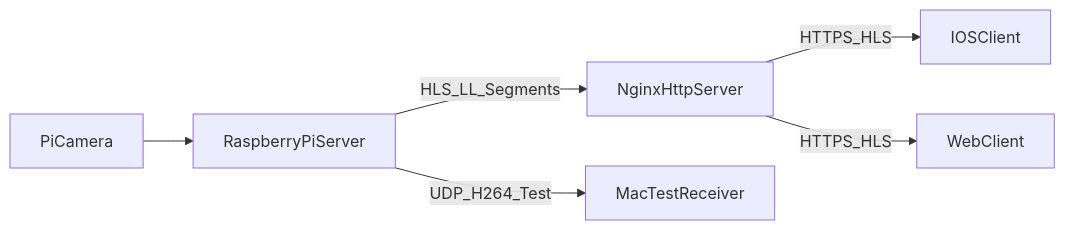
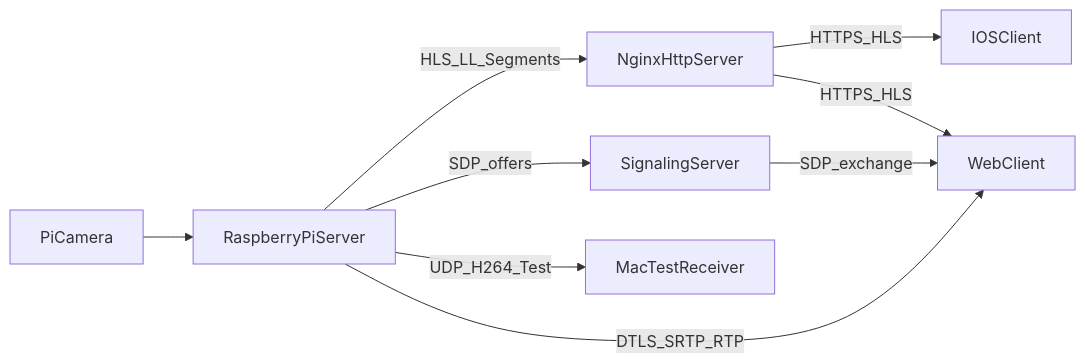
One commit to Pentagram-Software/wrack changed the first of 3 diagrams in docs/architecture/ARC42.md. Above: the diagram before and after it, drawn with Mermaid. The commit also changed other lines of this file and 4 other files, not shown here.

````diff
--- a/docs/architecture/ARC42.md
+++ b/docs/architecture/ARC42.md
@@ -42,15 +42,19 @@
 ```mermaid
 flowchart LR
     PiServer["RaspberryPiServer"]
     Camera["PiCamera"]
     HttpServer["NginxHttpServer"]
+    Signaling["SignalingServer"]
     IOS["IOSClient"]
     Web["WebClient"]
     Mac["MacTestReceiver"]
 
     Camera --> PiServer
     PiServer -->|"HLS_LL_Segments"| HttpServer
     HttpServer -->|"HTTPS_HLS"| IOS
     HttpServer -->|"HTTPS_HLS"| Web
     PiServer -->|"UDP_H264_Test"| Mac
+    PiServer -->|"SDP_offers"| Signaling
+    Signaling -->|"SDP_exchange"| Web
+    PiServer -->|"DTLS_SRTP_RTP"| Web
 ```
````
